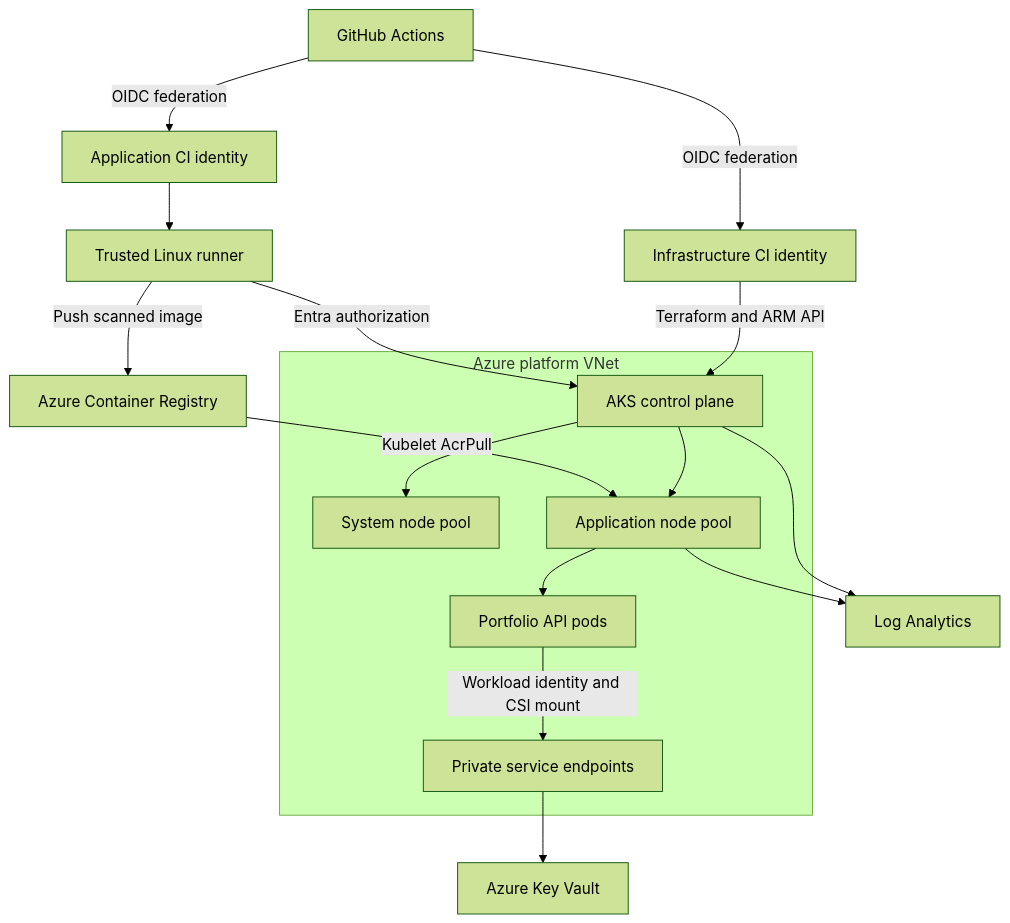
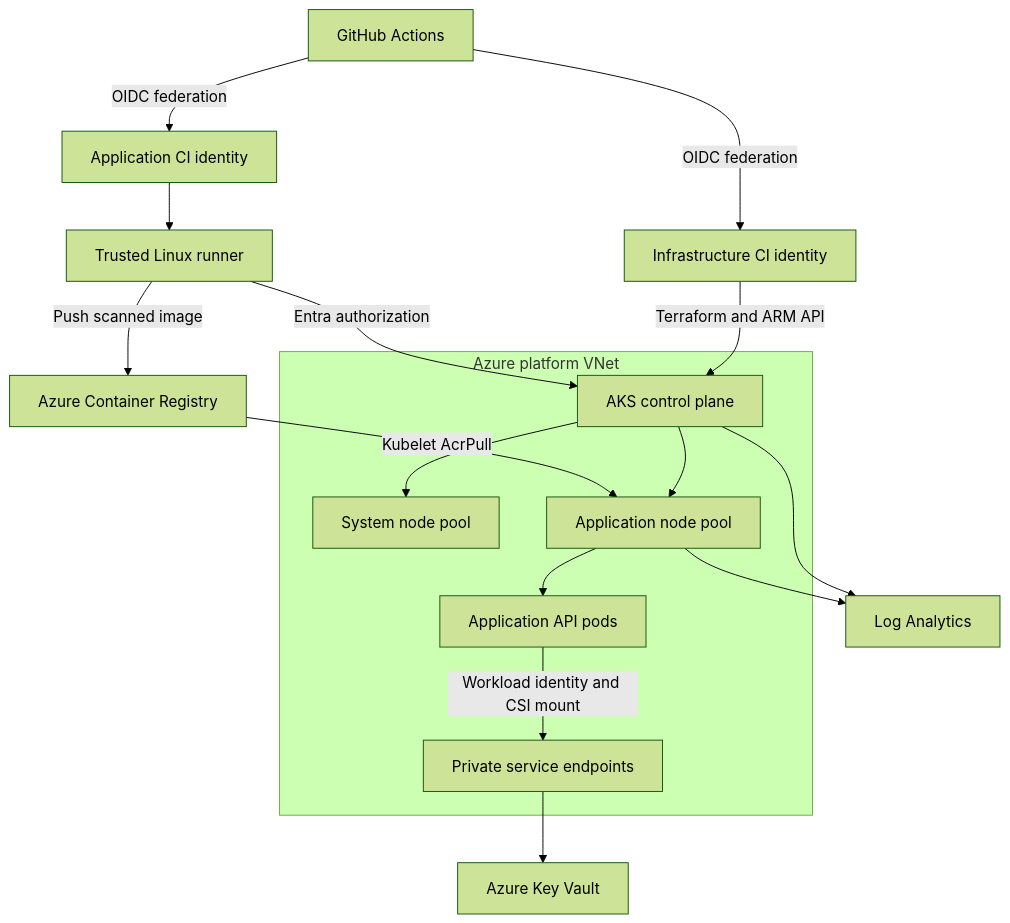
One commit to dotman01k/azure-aks-platform changed the diagram in README.md. Above: the diagram before and after it, drawn with Mermaid (forest theme). The commit also changed other lines of this file and 1 other file, not shown here.

````diff
--- a/README.md
+++ b/README.md
@@ -61,23 +61,23 @@
 ```mermaid
 flowchart TD
   GitHub[GitHub Actions] -->|OIDC federation| Infra[Infrastructure CI identity]
   GitHub -->|OIDC federation| Release[Application CI identity]
   Infra -->|Terraform and ARM API| Control[AKS control plane]
   Release --> Runner[Trusted Linux runner]
   Runner -->|Push scanned image| Registry[Azure Container Registry]
   Runner -->|Entra authorization| Control
   subgraph Network[Azure platform VNet]
     System[System node pool]
     Apps[Application node pool]
-    Service[Portfolio API pods]
+    Service[Application API pods]
     Private[Private service endpoints]
     Control --> System
     Control --> Apps
     Apps --> Service
     Service -->|Workload identity and CSI mount| Private
   end
   Registry -->|Kubelet AcrPull| Apps
   Private --> Vault[Azure Key Vault]
   Control --> Logs[Log Analytics]
   Apps --> Logs
 ```
````
